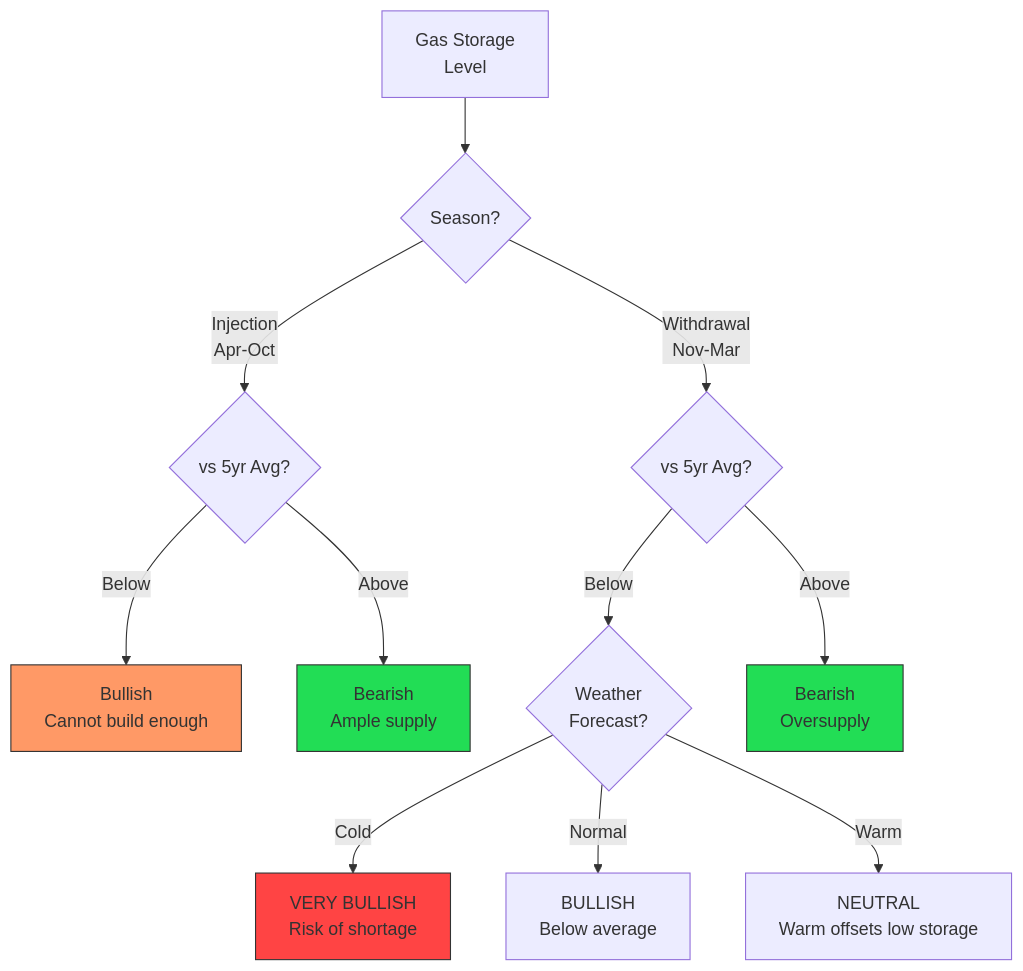
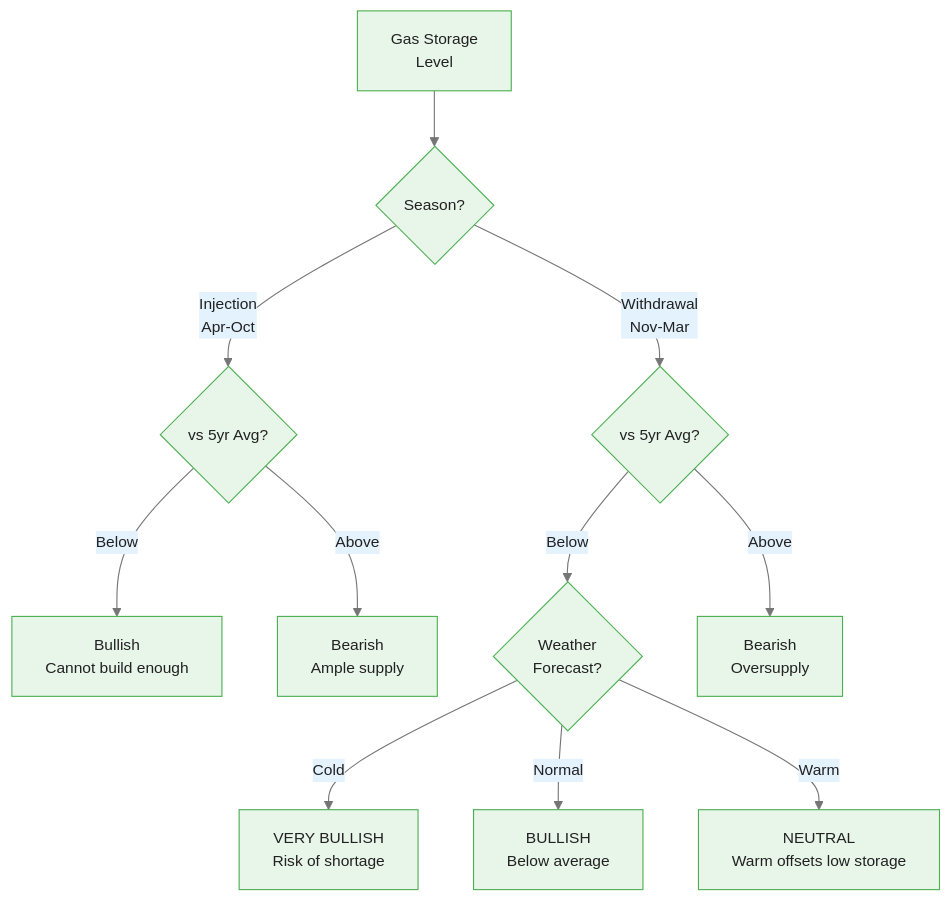
The third of 5 diagrams in courses/genai-commodities/modules/module_04_fundamentals/guides/02_storage_analysis_slides.md (m-deane/course-creator), drawn with Mermaid before and after one commit. The commit also changed other lines of this file and 84 other files, not shown here.

````diff
--- a/courses/genai-commodities/modules/module_04_fundamentals/guides/02_storage_analysis_slides.md
+++ b/courses/genai-commodities/modules/module_04_fundamentals/guides/02_storage_analysis_slides.md
@@ -303,22 +342,18 @@
 ```mermaid
+%%{init: {"theme": "base", "themeVariables": {"primaryColor": "#e8f5e9", "primaryBorderColor": "#4caf50", "primaryTextColor": "#212121", "secondaryColor": "#e3f2fd", "tertiaryColor": "#fff8e1", "lineColor": "#757575", "fontFamily": "Inter, sans-serif", "fontSize": "14px"}}}%%
 flowchart TD
     A[Gas Storage<br/>Level] --> B{Season?}
 
     B -->|Injection<br/>Apr-Oct| C{vs 5yr Avg?}
     B -->|Withdrawal<br/>Nov-Mar| D{vs 5yr Avg?}
 
     C -->|Below| E[Bullish<br/>Cannot build enough]
     C -->|Above| F[Bearish<br/>Ample supply]
 
     D -->|Below| G{Weather<br/>Forecast?}
     D -->|Above| H[Bearish<br/>Oversupply]
 
     G -->|Cold| I[VERY BULLISH<br/>Risk of shortage]
     G -->|Normal| J[BULLISH<br/>Below average]
     G -->|Warm| K[NEUTRAL<br/>Warm offsets low storage]
-
-    style I fill:#f44,stroke:#333
-    style E fill:#f96,stroke:#333
-    style F fill:#2d5,stroke:#333
-    style H fill:#2d5,stroke:#333
 ```
````
